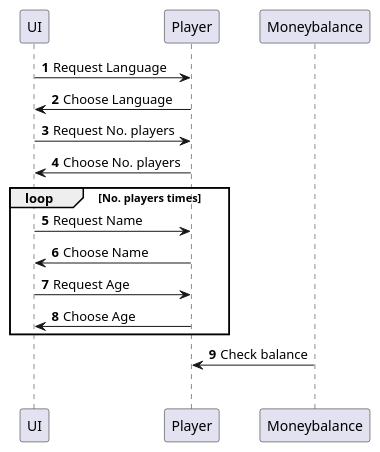
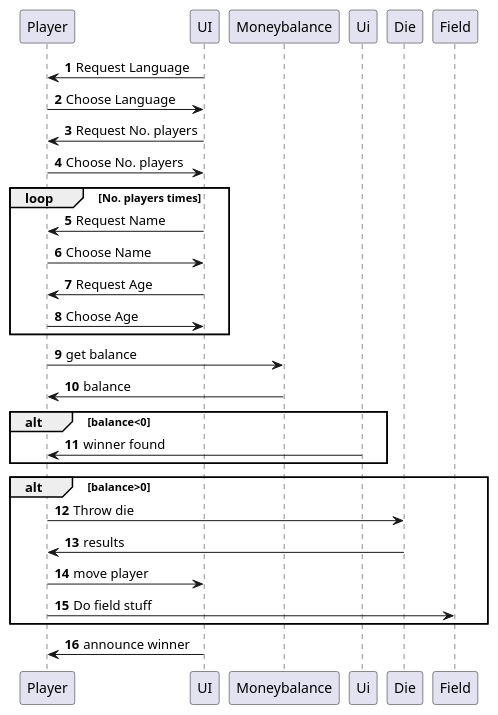
The diagram in src/main/java/org/g16/UMLDiagrams/SequenceDiagram.puml (Magnusrk/CDIO3), drawn with PlantUML before and after one commit. The commit also changed 2 other files, not shown here.

Commit message:
UML Diagrams

```diff
--- a/src/main/java/org/g16/UMLDiagrams/SequenceDiagram.puml
+++ b/src/main/java/org/g16/UMLDiagrams/SequenceDiagram.puml
@@ -1,21 +1,30 @@
 @startuml
 'https://plantuml.com/sequence-diagram
 
 autonumber
-
-UI -> Player: Request Language
-UI <- Player: Choose Language
-UI -> Player: Request No. players
-UI <- Player: Choose No. players
+Player <- UI: Request Language
+Player -> UI: Choose Language
+Player <- UI: Request No. players
+Player -> UI: Choose No. players
     loop No. players times
-        UI -> Player: Request Name
-        UI <- Player: Choose Name
-        UI -> Player: Request Age
-        UI <- Player: Choose Age
+        Player <- UI: Request Name
+        Player -> UI: Choose Name
+        Player <- UI: Request Age
+        Player -> UI: Choose Age
         end
 
-Player <- Moneybalance: Check balance
-alt
+Player -> Moneybalance: get balance
+Moneybalance-> Player: balance
+alt balance<0
+Ui -> Player: winner found
+end
+alt balance>0
+Player -> Die: Throw die
+Player <- Die: results
+Player -> UI: move player
+Player -> Field: Do field stuff
+end
+Player <- UI: announce winner
 
 
 @enduml
```
